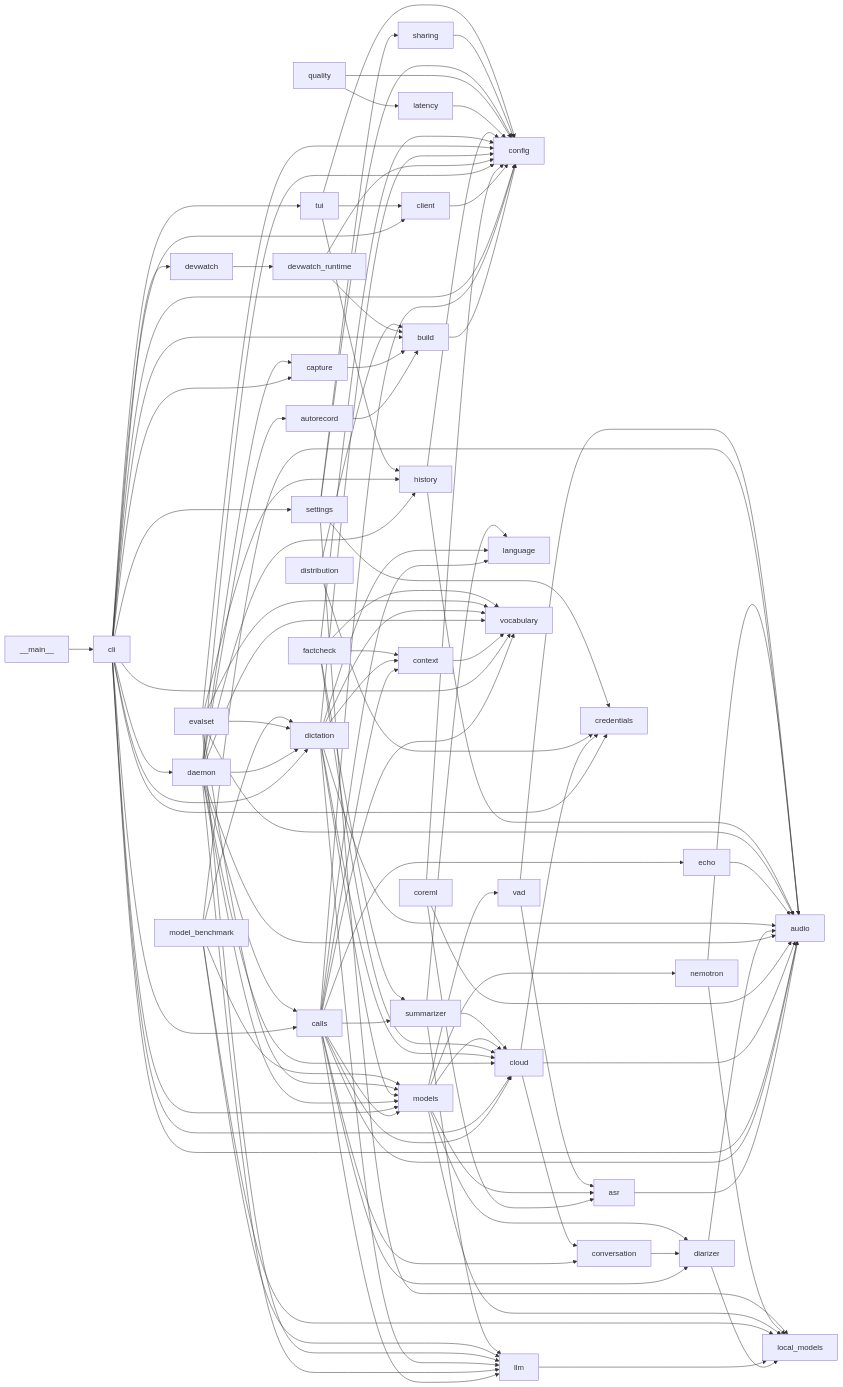
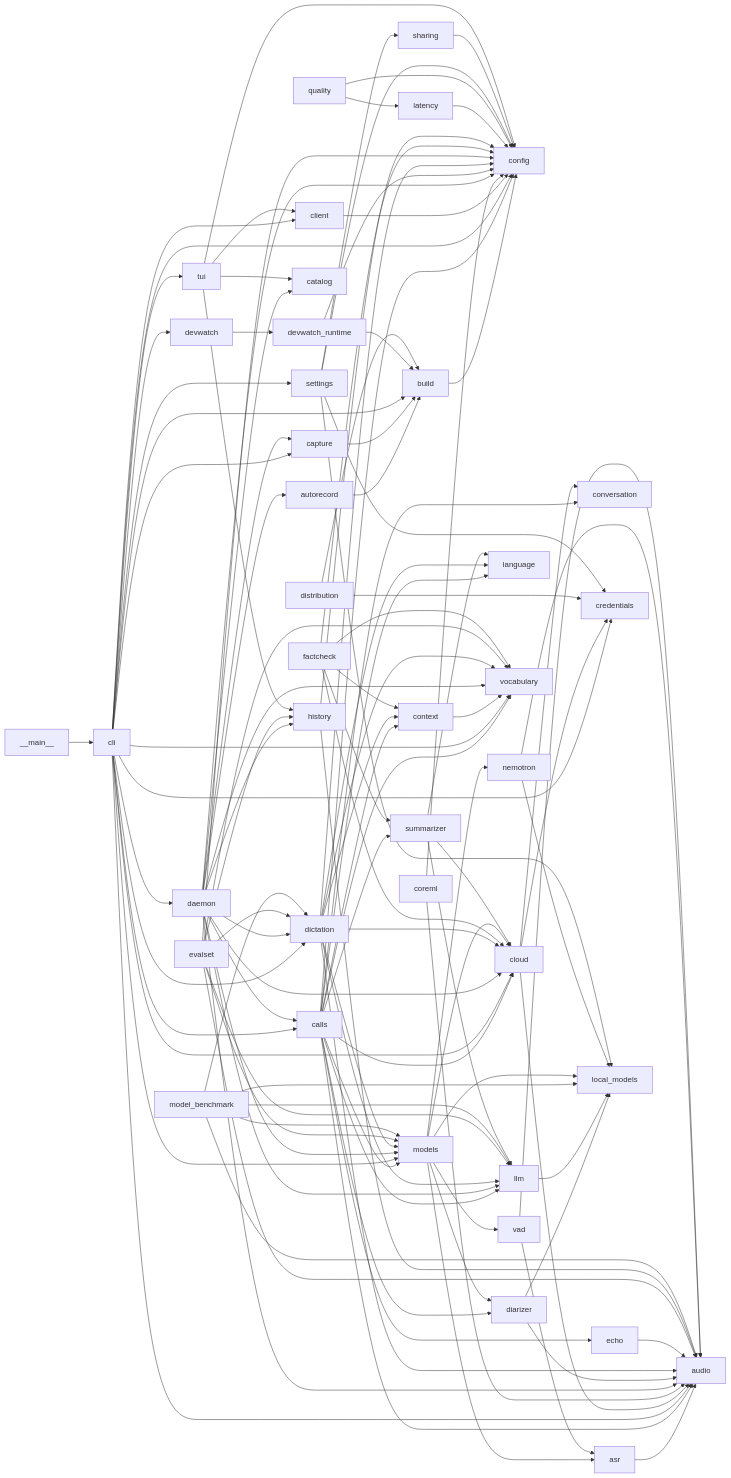
Before and after one commit to chudinovAI/wav2sum: the diagram in ARCHITECTURE.md, drawn with Mermaid. The commit also changed other lines of this file and 36 other files, not shown here.

```diff
--- a/ARCHITECTURE.md
+++ b/ARCHITECTURE.md
@@ -49,14 +45,13 @@
   cloud --> conversation
   cloud --> credentials
   context --> vocabulary
-  conversation --> diarizer
-  coreml --> asr
   coreml --> audio
   coreml --> config
   daemon --> audio
   daemon --> autorecord
   daemon --> calls
   daemon --> capture
+  daemon --> catalog
   daemon --> cloud
   daemon --> config
   daemon --> dictation
@@ -120,6 +115,7 @@
   summarizer --> language
   summarizer --> llm
   tui --> client
+  tui --> catalog
   tui --> config
   tui --> history
   vad --> asr
```
